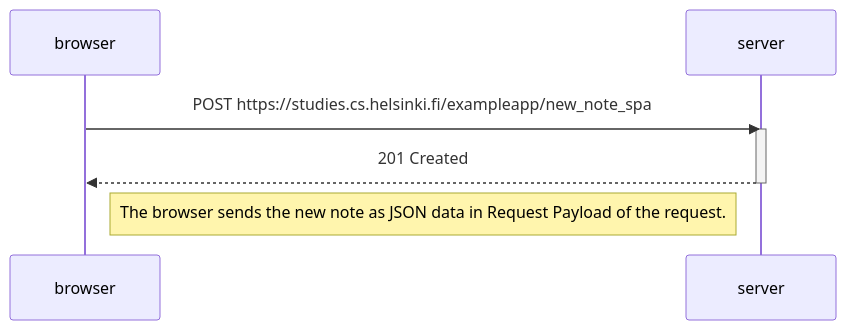
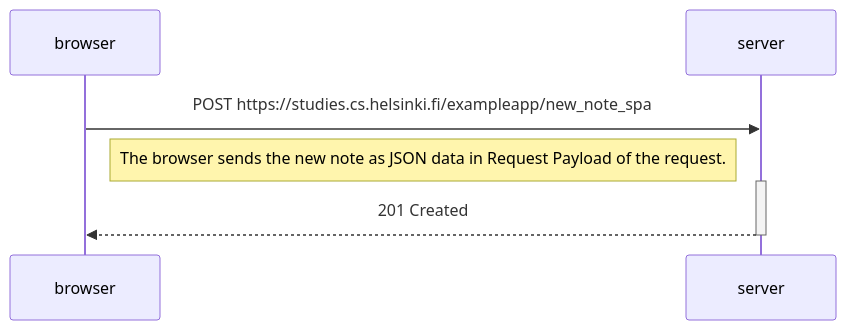
Before and after one commit to slin-zhq/full-stack-open: the diagram in part0/0.6_New-note-in-Single-page-app-diagram.md, drawn with Mermaid.

Commit message:
Moved the note to the right location for exercise 0.6

````diff
--- a/part0/0.6_New-note-in-Single-page-app-diagram.md
+++ b/part0/0.6_New-note-in-Single-page-app-diagram.md
@@ -1,12 +1,11 @@
 ```mermaid
 sequenceDiagram
     participant browser
     participant server
 
     browser->>server: POST https://studies.cs.helsinki.fi/exampleapp/new_note_spa
+    Note right of browser: The browser sends the new note as JSON data in Request Payload of the request. 
     activate server
     server-->>browser: 201 Created
     deactivate server
-
-    Note right of browser: The browser sends the new note as JSON data in Request Payload of the request. 
 ```
````
